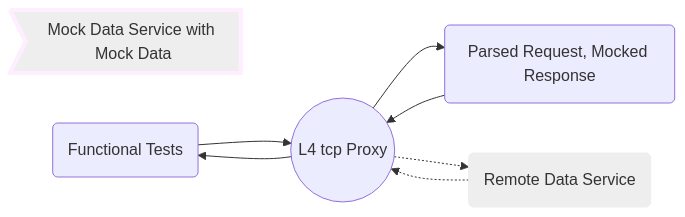
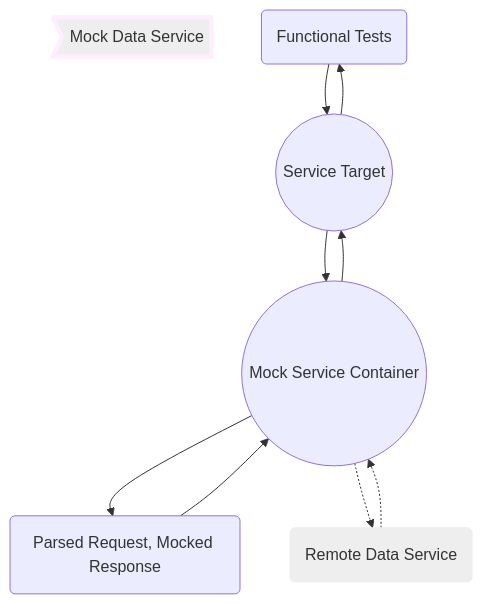
One commit to darrylwest/mock-data-services changed the second of 2 diagrams in data-service-doc.md. Above: the diagram before and after it, drawn with Mermaid. The commit also changed other lines of this file and 1 other file, not shown here.

Commit message:
modified charts to include service target and config

````diff
--- a/data-service-doc.md
+++ b/data-service-doc.md
@@ -21,12 +35,15 @@
 ```mermaid
-graph LR
-id1>Mock Data Service with Mock Data]
+graph TD
+id1>Mock Data Service]
 style id1 fill:#eee,stroke:#fef,stroke-width:4px
-A(Functional Tests) --> B((L4 tcp Proxy)) 
+id2(Functional Tests)
+id2 --> A((Service Target))
+A --> id2
+A --> B((Mock Service Container))
 B --> A
 B --> C(Parsed Request, Mocked Response)
 C --> B
 B .-> D(Remote Data Service)
 D .-> B
 style D fill:#eee,stroke:#eee
 ```
````
